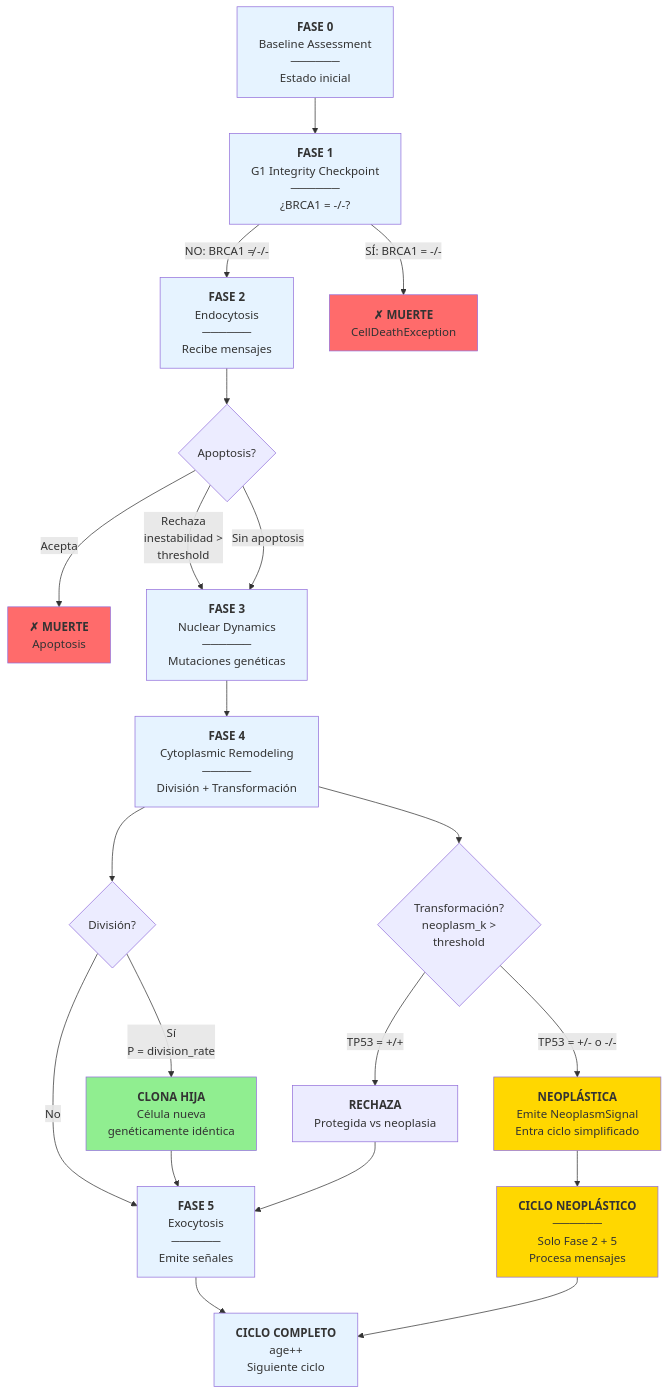
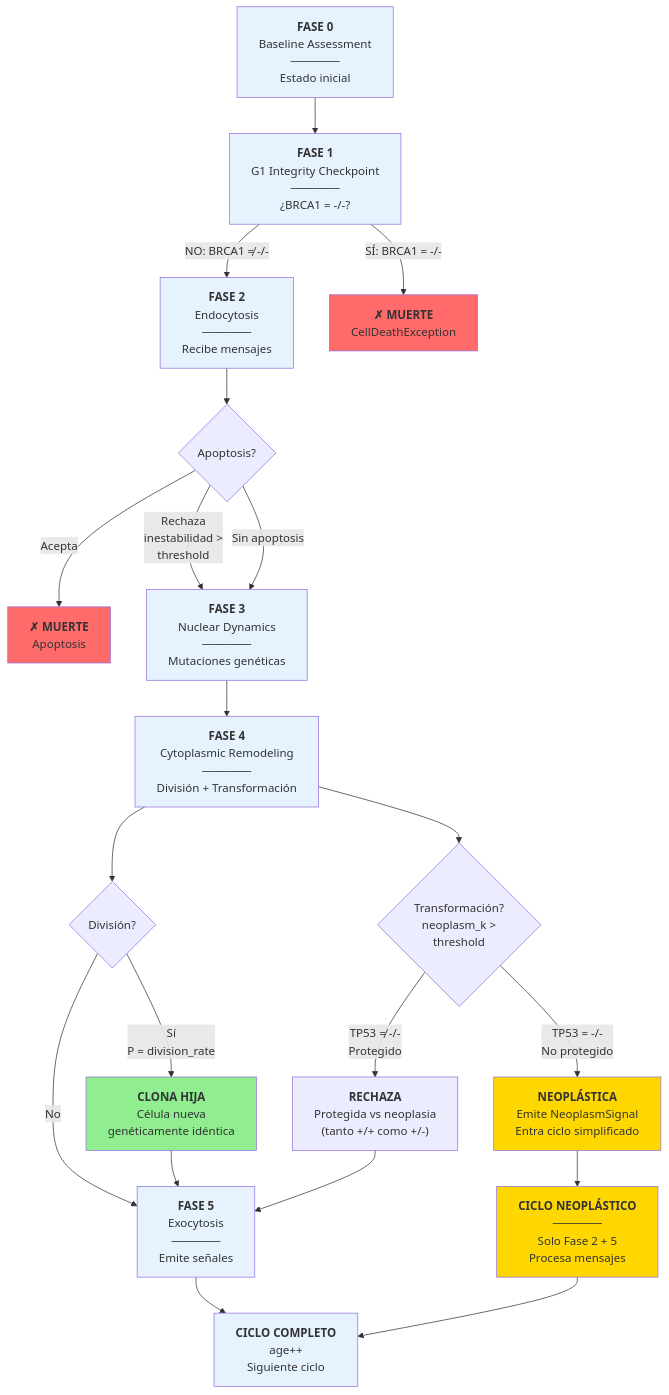
The fourth of 8 diagrams in docs/diagrams-mermaid.md (lpalomerol/cellSim), drawn with Mermaid before and after one commit. The commit also changed other lines of this file and 1 other file, not shown here.

Commit message:
feat: add diagrams and README for cellSim simulator, detailing cellular dynamics and mutation scenarios

````diff
--- a/docs/diagrams-mermaid.md
+++ b/docs/diagrams-mermaid.md
@@ -140,43 +162,43 @@
 ```mermaid
 graph TD
     A["<b>FASE 0</b><br/>Baseline Assessment<br/>──────<br/>Estado inicial"] --> B["<b>FASE 1</b><br/>G1 Integrity Checkpoint<br/>──────<br/>¿BRCA1 = -/-?"]
     
     B -->|NO: BRCA1 ≠ -/-| C["<b>FASE 2</b><br/>Endocytosis<br/>──────<br/>Recibe mensajes"]
     B -->|SÍ: BRCA1 = -/-| MUERTE1["<b>✗ MUERTE</b><br/>CellDeathException"]
     
     C --> D{Apoptosis?}
     D -->|Acepta| MUERTE2["<b>✗ MUERTE</b><br/>Apoptosis"]
     D -->|Rechaza<br/>inestabilidad ><br/>threshold| E["<b>FASE 3</b><br/>Nuclear Dynamics<br/>──────<br/>Mutaciones genéticas"]
     D -->|Sin apoptosis| E
     
     E --> F["<b>FASE 4</b><br/>Cytoplasmic Remodeling<br/>──────<br/>División + Transformación"]
     
     F --> G{División?}
     G -->|Sí<br/>P = division_rate| CLONA["<b>CLONA HIJA</b><br/>Célula nueva<br/>genéticamente idéntica"]
     G -->|No| H["<b>FASE 5</b><br/>Exocytosis<br/>──────<br/>Emite señales"]
     
     F --> I{Transformación?<br/>neoplasm_k ><br/>threshold}
-    I -->|TP53 = +/+| PROTEGIDA["<b>RECHAZA</b><br/>Protegida vs neoplasia"]
-    I -->|TP53 = +/- o -/-| NEOPLASTICA["<b>NEOPLÁSTICA</b><br/>Emite NeoplasmSignal<br/>Entra ciclo simplificado"]
+    I -->|TP53 ≠ -/-<br/>Protegido| PROTEGIDA["<b>RECHAZA</b><br/>Protegida vs neoplasia<br/>(tanto +/+ como +/-)"]
+    I -->|TP53 = -/-<br/>No protegido| NEOPLASTICA["<b>NEOPLÁSTICA</b><br/>Emite NeoplasmSignal<br/>Entra ciclo simplificado"]
     
     CLONA --> H
     PROTEGIDA --> H
     NEOPLASTICA --> J["<b>CICLO NEOPLÁSTICO</b><br/>──────<br/>Solo Fase 2 + 5<br/>Procesa mensajes"]
     
     H --> K["<b>CICLO COMPLETO</b><br/>age++<br/>Siguiente ciclo"]
     J --> K
     
     style A fill:#E6F3FF
     style B fill:#E6F3FF
     style C fill:#E6F3FF
     style E fill:#E6F3FF
     style F fill:#E6F3FF
     style H fill:#E6F3FF
     style K fill:#E6F3FF
     
     style MUERTE1 fill:#FF6B6B
     style MUERTE2 fill:#FF6B6B
     style CLONA fill:#90EE90
     style NEOPLASTICA fill:#FFD700
     style J fill:#FFD700
 ```
````
